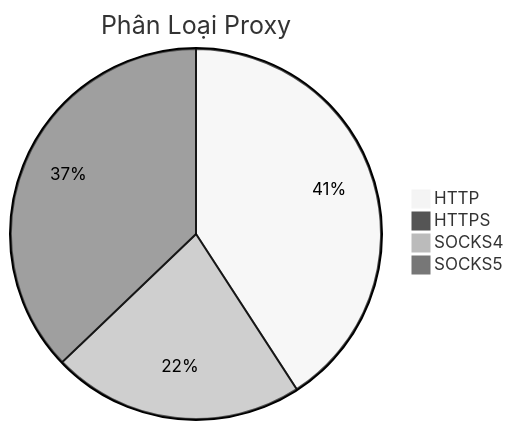
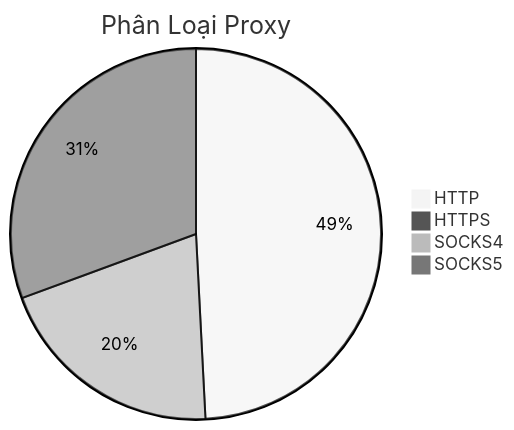
Before and after one commit to Ciara-12/PROXY-free: the diagram in README.md, drawn with Mermaid (neutral theme). The commit also changed other lines of this file and 4 other files, not shown here.

````diff
--- a/README.md
+++ b/README.md
@@ -26,7 +26,7 @@
 ```mermaid
 pie title Phân Loại Proxy
-    "HTTP" : 798
-    "HTTPS" : 1
-    "SOCKS4" : 430
-    "SOCKS5" : 726
+    "HTTP" : 1025
+    "HTTPS" : 0
+    "SOCKS4" : 421
+    "SOCKS5" : 638
 ```
````
